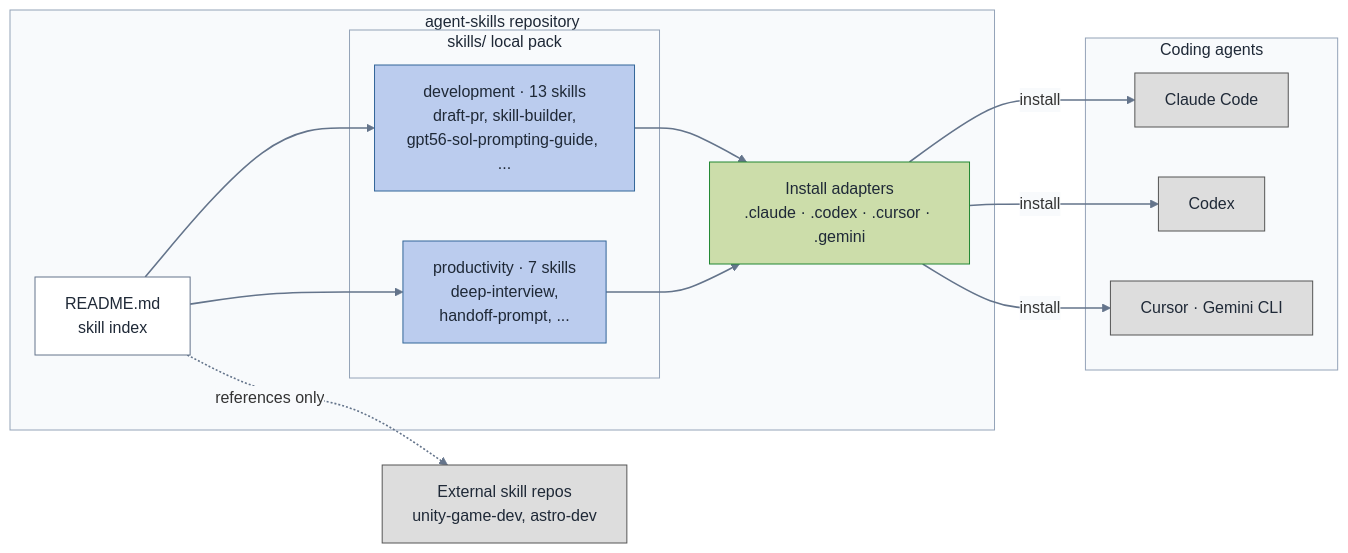
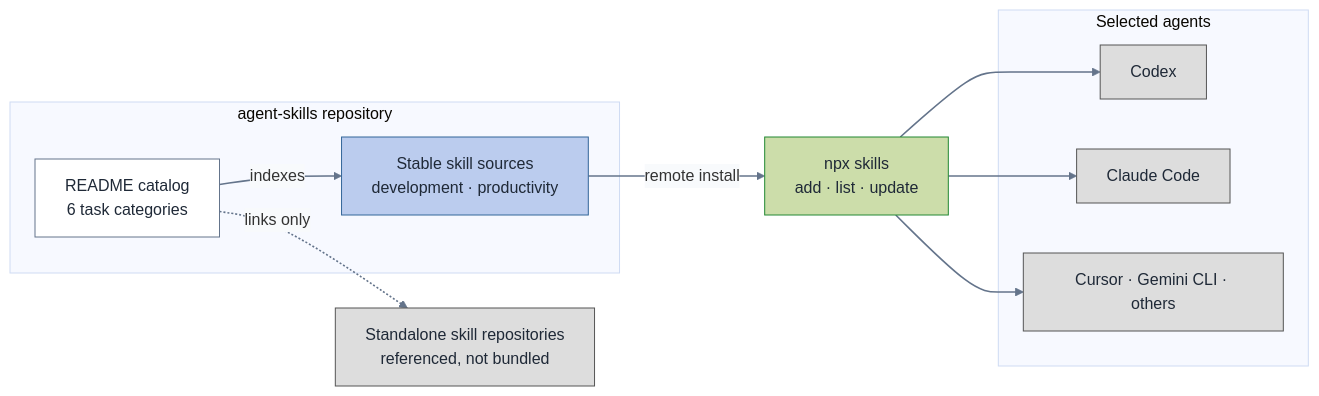
Before and after one commit to gigio1023/agent-skills: the diagram in docs/repo-structure.md, drawn with Mermaid. The commit also changed other lines of this file and 11 other files, not shown here.

Commit message:
docs: improve skill catalog and install flow (#14)

````diff
--- a/docs/repo-structure.md
+++ b/docs/repo-structure.md
@@ -8,46 +14,42 @@
 ```mermaid
 ---
 config:
   theme: base
   themeVariables:
     textColor: "#1f2937"
     edgeLabelBackground: "#f8fafc"
 ---
 flowchart LR
-  accTitle: agent-skills repository structure
-  accDescr: Local skills in two categories are indexed by the README, exposed through per-harness install adapters, and installed into coding agents. External skill repos are referenced but not packaged.
+  accTitle: agent-skills catalog, source, and installation boundaries
+  accDescr: The README groups skills by task. Stable source paths flow through the Skills CLI into selected agents, while standalone repositories are referenced only.
 
   subgraph repo ["agent-skills repository"]
-    IDX["README.md<br/>skill index"]
-    subgraph pack ["skills/ local pack"]
-      DEV["development · 13 skills<br/>draft-pr, skill-builder,<br/>gpt56-sol-prompting-guide, ..."]
-      PROD["productivity · 7 skills<br/>deep-interview,<br/>handoff-prompt, ..."]
-    end
-    ADP["Install adapters<br/>.claude · .codex · .cursor · .gemini"]
+    IDX["README catalog<br/>6 task categories"]
+    SRC["Stable skill sources<br/>development · productivity"]
   end
 
-  EXT["External skill repos<br/>unity-game-dev, astro-dev"]
+  CLI["npx skills<br/>add · list · update"]
 
-  subgraph agents ["Coding agents"]
+  subgraph agents ["Selected agents"]
+    CX["Codex"]
     CC["Claude Code"]
-    CX["Codex"]
-    OT["Cursor · Gemini CLI"]
+    OT["Cursor · Gemini CLI · others"]
   end
 
-  IDX --> DEV & PROD
-  IDX -.->|references only| EXT
-  DEV & PROD --> ADP
-  ADP -->|install| CC & CX & OT
+  EXT["Standalone skill repositories<br/>referenced, not bundled"]
 
-  classDef packNode fill:#BBCCEE,stroke:#336699,color:#1f2937;
-  classDef adapter fill:#CCDDAA,stroke:#228833,color:#1f2937;
+  IDX -->|indexes| SRC
+  SRC -->|remote install| CLI
+  CLI --> CX & CC & OT
+  IDX -.->|links only| EXT
+
+  classDef source fill:#BBCCEE,stroke:#336699,color:#1f2937;
+  classDef installer fill:#CCDDAA,stroke:#228833,color:#1f2937;
   classDef outside fill:#DDDDDD,stroke:#555555,color:#1f2937;
-  classDef boundary fill:#f8fafc,stroke:#94a3b8,color:#1f2937;
   classDef index fill:#ffffff,stroke:#64748b,color:#1f2937;
-  class DEV,PROD packNode;
-  class ADP adapter;
-  class CC,CX,OT,EXT outside;
-  class repo,pack,agents boundary;
   class IDX index;
+  class SRC source;
+  class CLI installer;
+  class CX,CC,OT,EXT outside;
   linkStyle default stroke:#64748b,stroke-width:1.6px;
 ```
````
